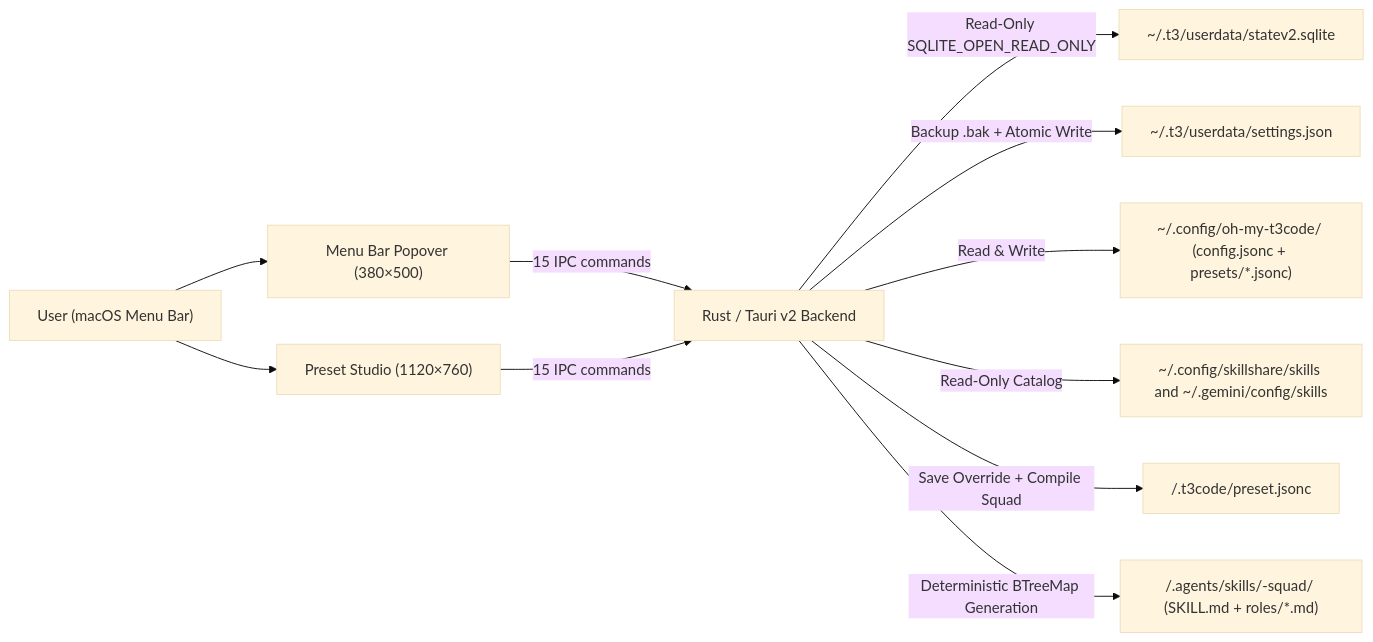
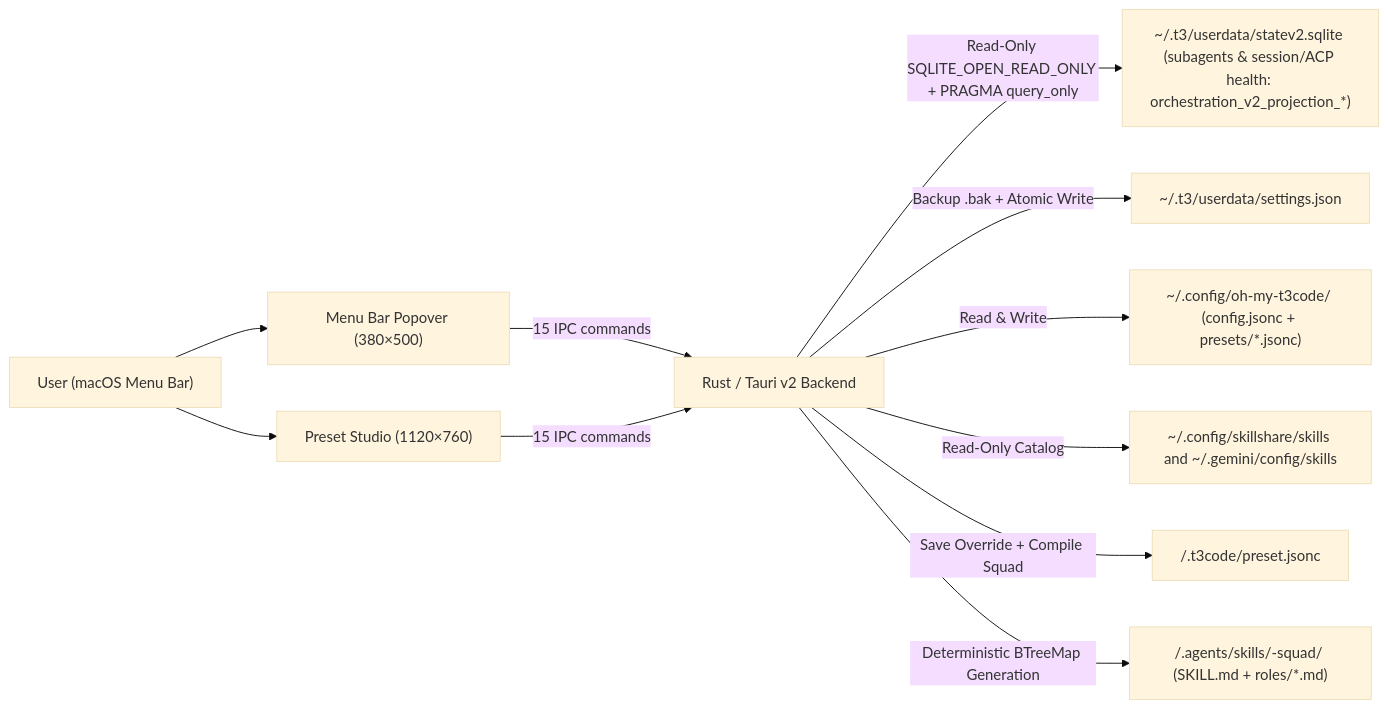
Before and after one commit to alencarfreire/oh-my-t3code: the diagram in README.md, drawn with Mermaid (base theme). The commit also changed other lines of this file and 5 other files, not shown here.

Commit message:
docs: update bilingual guides, READMEs, and architecture for smart session management

````diff
--- a/README.md
+++ b/README.md
@@ -26,16 +30,16 @@
 ```mermaid
 flowchart LR
     User["User (macOS Menu Bar)"] --> Popover["Menu Bar Popover (380×500)"]
     User --> Studio["Preset Studio (1120×760)"]
 
     Popover -->|15 IPC commands| Tauri["Rust / Tauri v2 Backend"]
     Studio -->|15 IPC commands| Tauri
 
-    Tauri -->|Read-Only SQLITE_OPEN_READ_ONLY| SQLite["~/.t3/userdata/statev2.sqlite"]
+    Tauri -->|Read-Only SQLITE_OPEN_READ_ONLY + PRAGMA query_only| SQLite["~/.t3/userdata/statev2.sqlite (subagents & session/ACP health: orchestration_v2_projection_*)"]
     Tauri -->|Backup .bak + Atomic Write| Settings["~/.t3/userdata/settings.json"]
     Tauri -->|Read & Write| GlobalPresets["~/.config/oh-my-t3code/ (config.jsonc + presets/*.jsonc)"]
     Tauri -->|Read-Only Catalog| GlobalSkills["~/.config/skillshare/skills and ~/.gemini/config/skills"]
 
     Tauri -->|Save Override + Compile Squad| RepoPreset["<repo>/.t3code/preset.jsonc"]
     Tauri -->|Deterministic BTreeMap Generation| RepoSquad["<repo>/.agents/skills/<slug>-squad/ (SKILL.md + roles/*.md)"]
 ```
````
